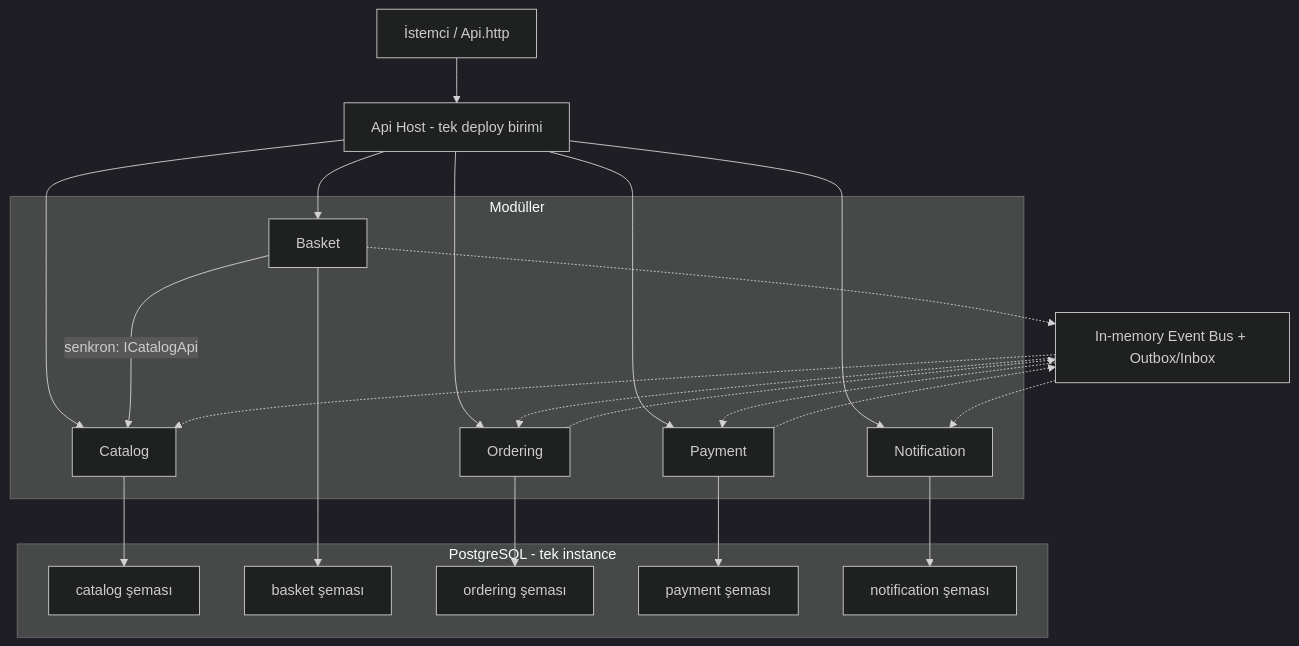
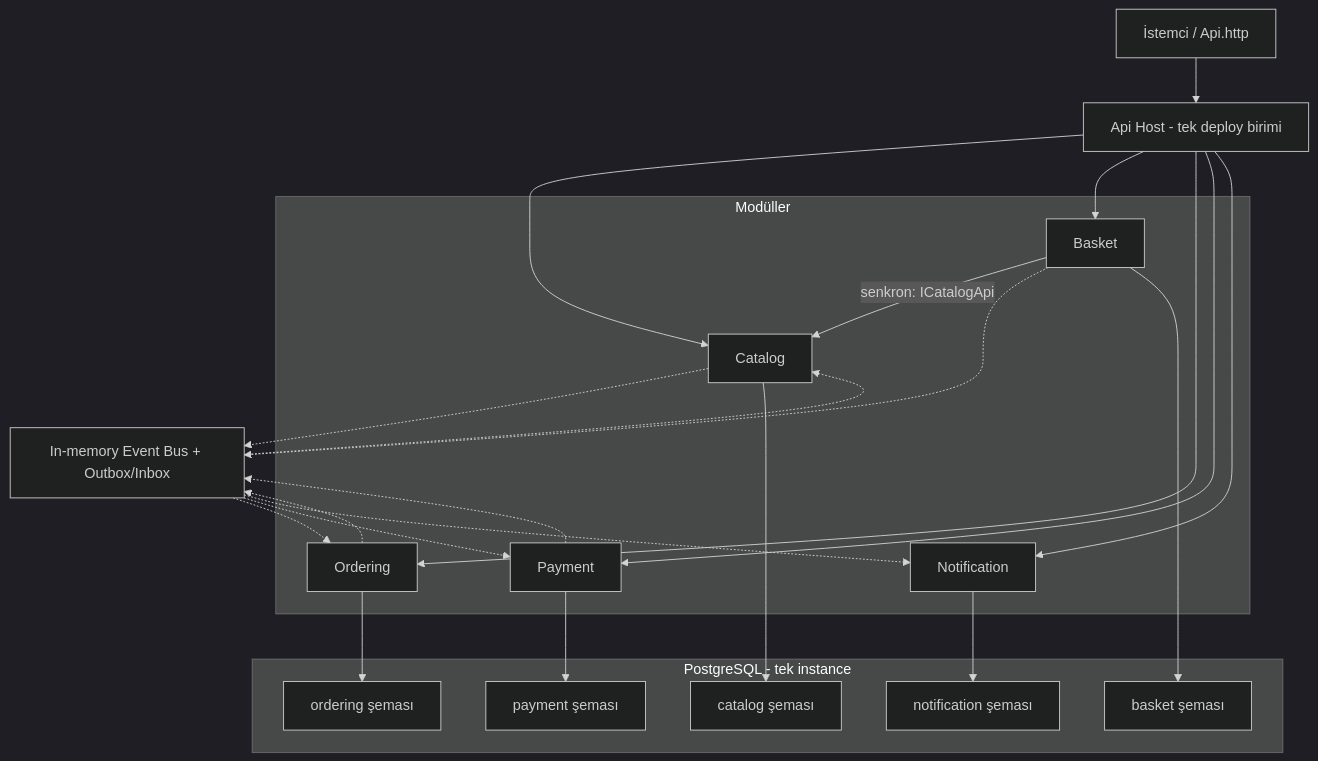
The fifth of 9 diagrams in docs/mimari-ve-ilerleme.md (seyfullahcuhadar/modular-monolith-example), drawn with Mermaid (dark theme) before and after one commit. The commit also changed other lines of this file and 9 other files, not shown here.

````diff
--- a/docs/mimari-ve-ilerleme.md
+++ b/docs/mimari-ve-ilerleme.md
@@ -129,37 +129,38 @@
 ```mermaid
 flowchart TB
     client["İstemci / Api.http"] --> api["Api Host - tek deploy birimi"]
     subgraph modules [Modüller]
         catalog["Catalog"]
         basket["Basket"]
         ordering["Ordering"]
         payment["Payment"]
         notification["Notification"]
     end
     api --> catalog
     api --> basket
     api --> ordering
     api --> payment
     api --> notification
     basket -->|"senkron: ICatalogApi"| catalog
     bus["In-memory Event Bus + Outbox/Inbox"]
     basket -.-> bus
     ordering -.-> bus
     payment -.-> bus
+    catalog -.-> bus
     bus -.-> ordering
     bus -.-> payment
     bus -.-> catalog
     bus -.-> notification
     subgraph db [PostgreSQL - tek instance]
         sc["catalog şeması"]
         sb["basket şeması"]
         so["ordering şeması"]
         sp["payment şeması"]
         sn["notification şeması"]
     end
     catalog --> sc
     basket --> sb
     ordering --> so
     payment --> sp
     notification --> sn
 ```
````
